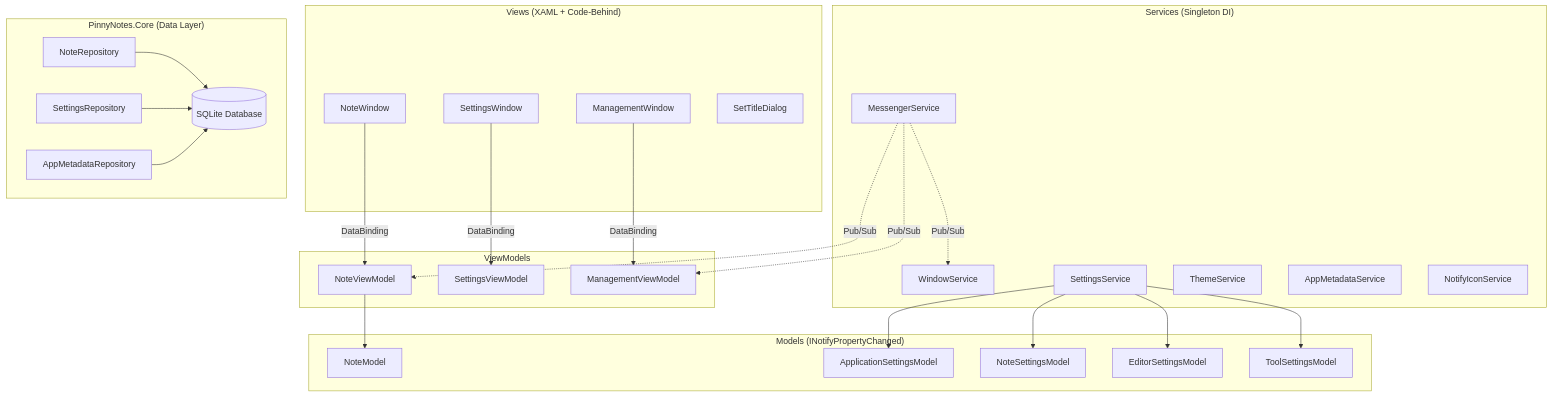
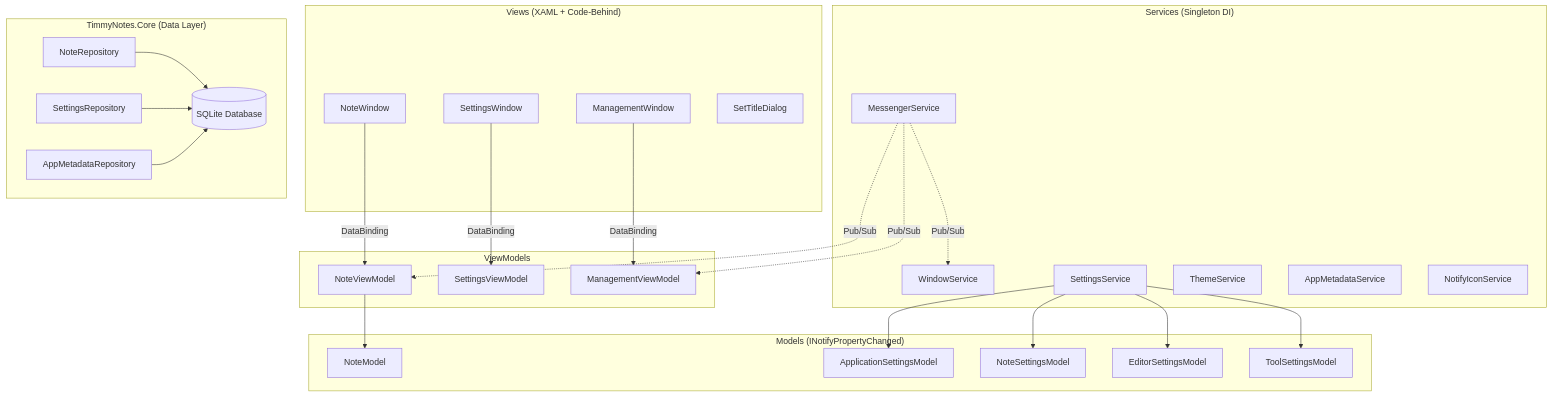
Before and after one commit to timothywarner-org/PinnyNotes: the first of 3 diagrams in README.md, drawn with Mermaid. The commit also changed other lines of this file and 111 other files, not shown here.

````diff
--- a/README.md
+++ b/README.md
@@ -282,47 +282,47 @@
 ```mermaid
 graph TB
     subgraph Views["Views (XAML + Code-Behind)"]
         NW[NoteWindow]
         SW[SettingsWindow]
         MW[ManagementWindow]
         STD[SetTitleDialog]
     end
 
     subgraph ViewModels["ViewModels"]
         NVM[NoteViewModel]
         SVM[SettingsViewModel]
         MVM[ManagementViewModel]
     end
 
     subgraph Models["Models (INotifyPropertyChanged)"]
         NM[NoteModel]
         ASM[ApplicationSettingsModel]
         NSM[NoteSettingsModel]
         ESM[EditorSettingsModel]
         TSM[ToolSettingsModel]
     end
 
     subgraph Services["Services (Singleton DI)"]
         WS[WindowService]
         SS[SettingsService]
         MS[MessengerService]
         TS[ThemeService]
         AMS[AppMetadataService]
         NIS[NotifyIconService]
     end
 
-    subgraph Core["PinnyNotes.Core (Data Layer)"]
+    subgraph Core["TimmyNotes.Core (Data Layer)"]
         NR[NoteRepository]
         SR[SettingsRepository]
         AMR[AppMetadataRepository]
         DB[(SQLite Database)]
     end
 
     NW -->|DataBinding| NVM
     SW -->|DataBinding| SVM
     MW -->|DataBinding| MVM
     NVM --> NM
     SS --> ASM & NSM & ESM & TSM
     MS -.->|Pub/Sub| WS & NVM & MVM
     NR & SR & AMR --> DB
 ```
````
